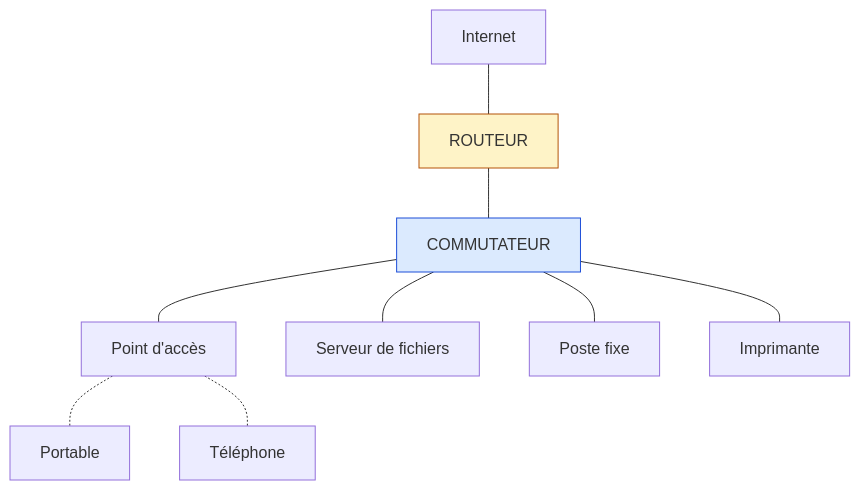
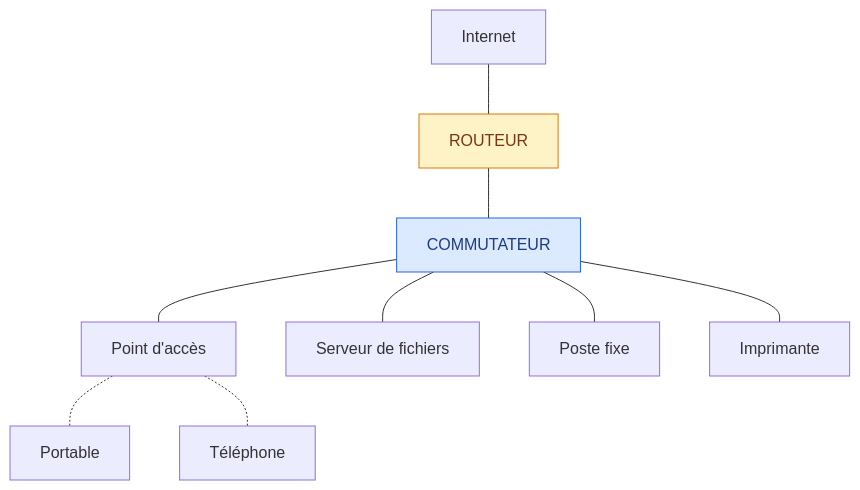
One commit to Gooseppr/GevOps_LC changed the first of 2 diagrams in courses/reseaux-cybersecurite/01_introduction_reseaux.md. Above: the diagram before and after it, drawn with Mermaid. The commit also changed 56 other files, not shown here.

````diff
--- a/courses/reseaux-cybersecurite/01_introduction_reseaux.md
+++ b/courses/reseaux-cybersecurite/01_introduction_reseaux.md
@@ -118,13 +118,13 @@
 ```mermaid
 flowchart TD
     NET[Internet] --- R[ROUTEUR]
     R --- SW[COMMUTATEUR]
     SW --- AP["Point d'accès"]
     SW --- SRV[Serveur de fichiers]
     SW --- PC1[Poste fixe]
     SW --- PRT[Imprimante]
     AP -.- L1[Portable]
     AP -.- L2[Téléphone]
-    style SW fill:#dbeafe,stroke:#1d4ed8
-    style R fill:#fef3c7,stroke:#b45309
+    style SW fill:#dbeafe,stroke:#2563eb,color:#1e3a8a
+    style R fill:#fef3c7,stroke:#d97706,color:#78350f
 ```
````
